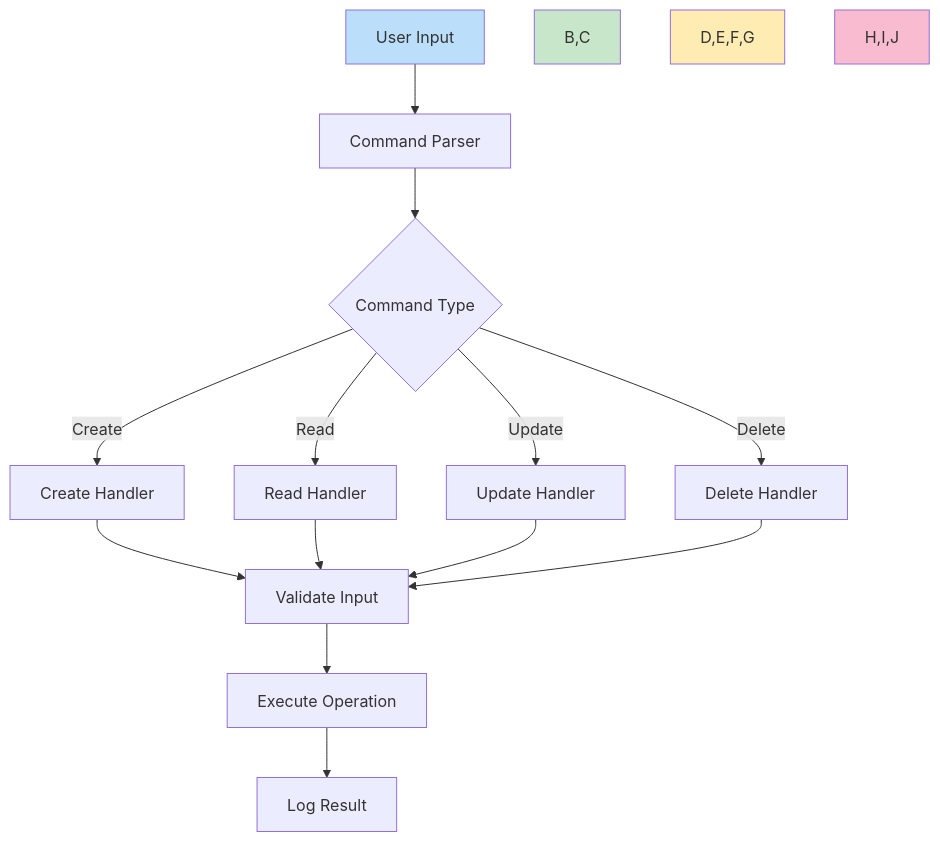
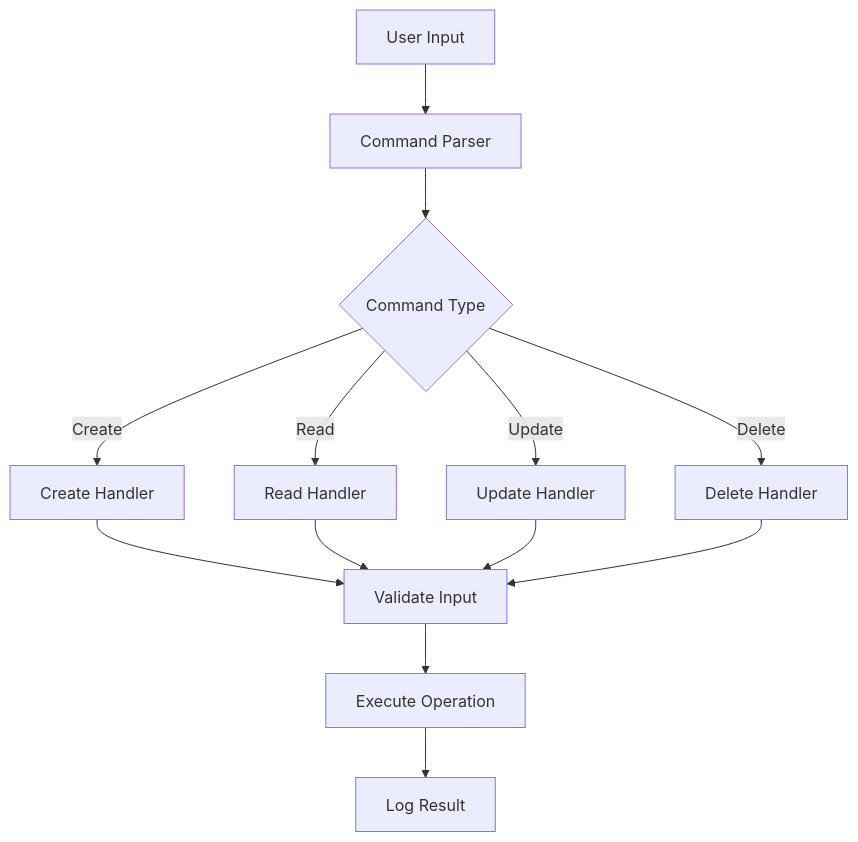
Before and after one commit to LGICCommunity/NoteCLI: the first of 17 diagrams in Docs/DevelopmentGuide/DETAILED_IMPLEMENTATION.md, drawn with Mermaid. The commit also changed other lines of this file and 1 other file, not shown here.

````diff
--- a/Docs/DevelopmentGuide/DETAILED_IMPLEMENTATION.md
+++ b/Docs/DevelopmentGuide/DETAILED_IMPLEMENTATION.md
@@ -15,22 +15,17 @@
 ```mermaid
 flowchart TD
     A[User Input] --> B[Command Parser]
     B --> C{Command Type}
     C -->|Create| D[Create Handler]
     C -->|Read| E[Read Handler]
     C -->|Update| F[Update Handler]
     C -->|Delete| G[Delete Handler]
     
     D --> H[Validate Input]
     E --> H
     F --> H
     G --> H
     
     H --> I[Execute Operation]
     I --> J[Log Result]
-    
-    style A fill:#bbdefb
-    style B,C fill:#c8e6c9
-    style D,E,F,G fill:#ffecb3
-    style H,I,J fill:#f8bbd0
 ```
````
